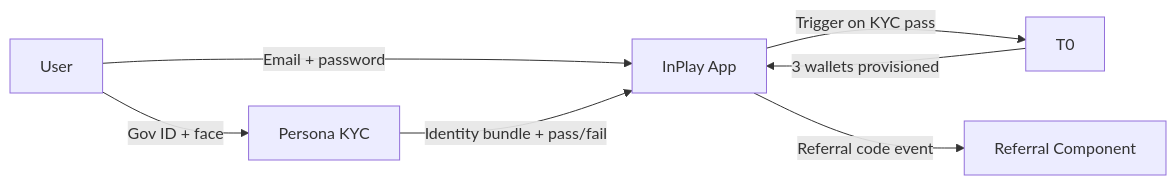
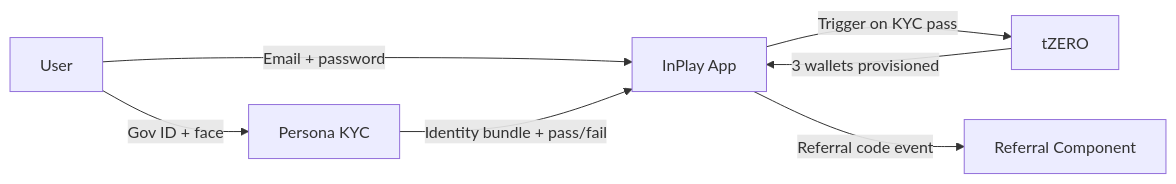
Before and after one commit to Novosapien/inplay-vault: the second of 3 diagrams in vault/components/customer-onboarding/customer-onboarding.md, drawn with Mermaid. The commit also changed other lines of this file and 94 other files, not shown here.

````diff
--- a/vault/components/customer-onboarding/customer-onboarding.md
+++ b/vault/components/customer-onboarding/customer-onboarding.md
@@ -178,9 +178,9 @@
 ```mermaid
 graph LR
     User[User] -->|Email + password| App[InPlay App]
     User -->|Gov ID + face| Persona[Persona KYC]
     Persona -->|Identity bundle + pass/fail| App
-    App -->|Trigger on KYC pass| T0[T0]
-    T0 -->|3 wallets provisioned| App
+    App -->|Trigger on KYC pass| tZERO[tZERO]
+    tZERO -->|3 wallets provisioned| App
     App -->|Referral code event| Referral[Referral Component]
 ```
````
